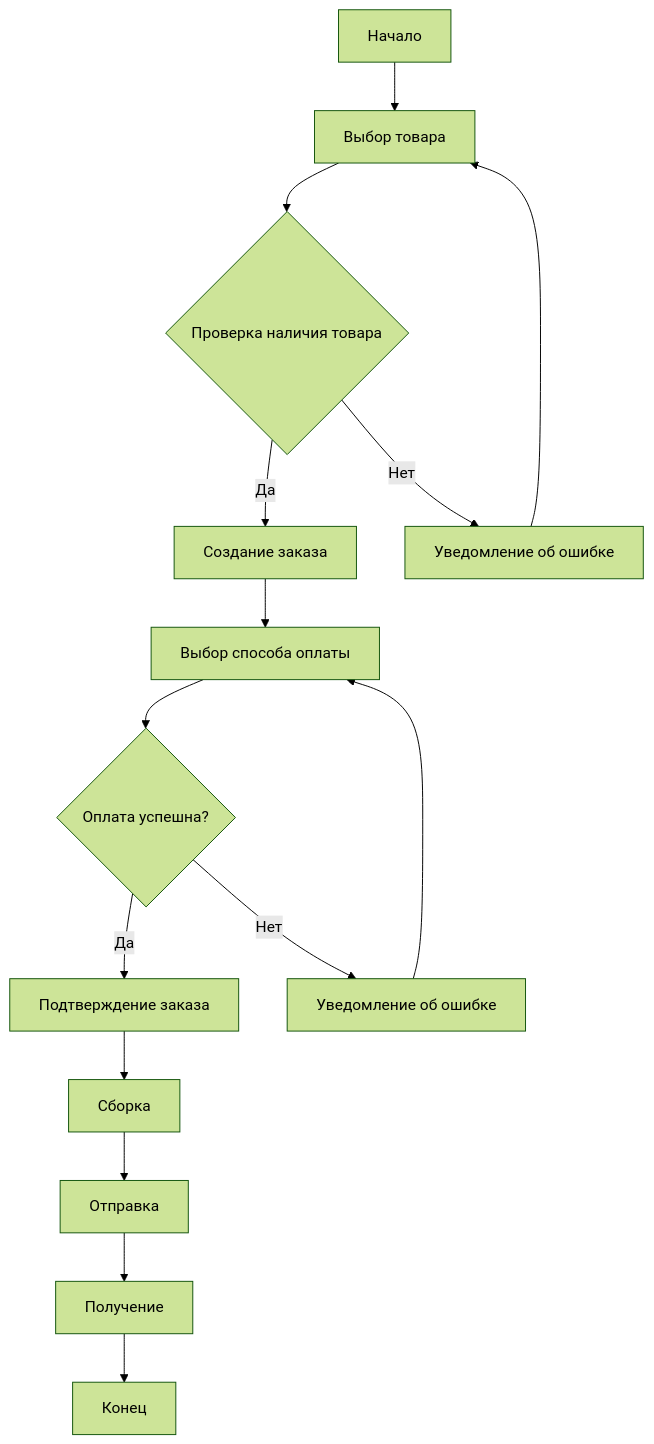
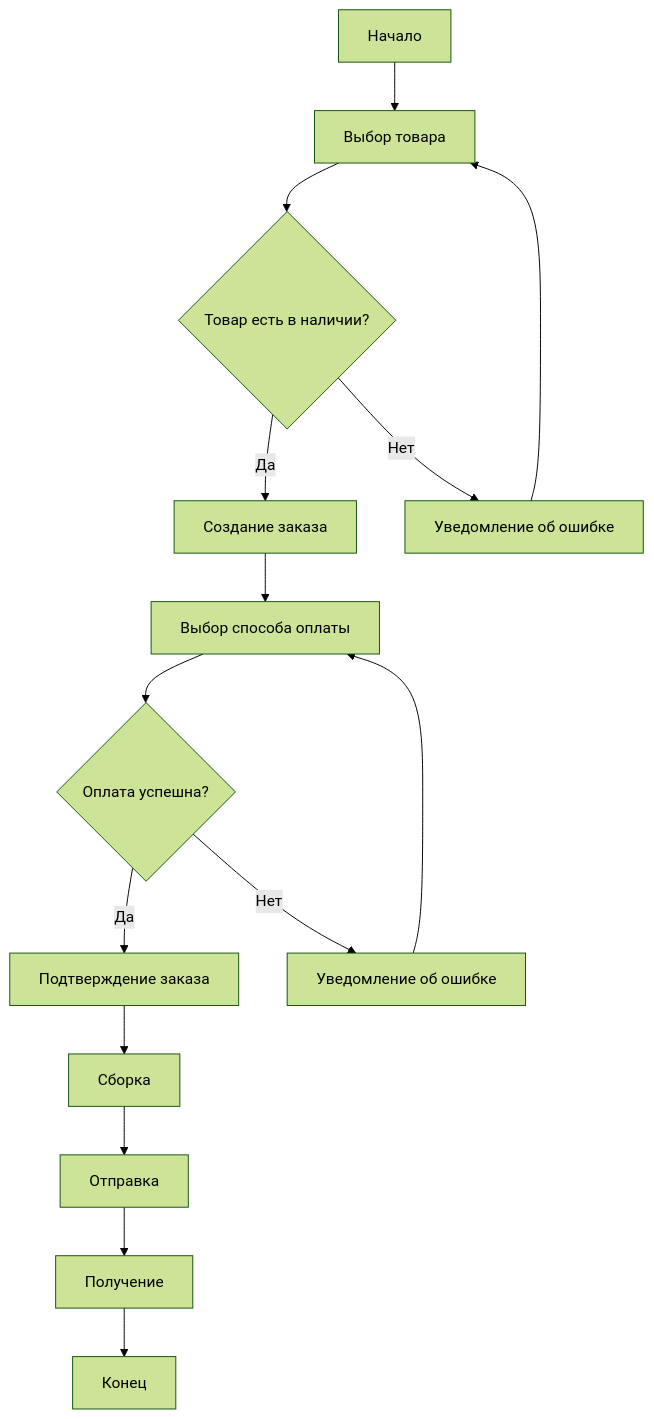
Before and after one commit to kemmed/Rudenko_lab1_ISRPO: the diagram in rudenko_lab1.md, drawn with Mermaid (forest theme).

````diff
--- a/rudenko_lab1.md
+++ b/rudenko_lab1.md
@@ -9,20 +9,20 @@
 ```mermaid
 flowchart TD
 
     A[Начало] --> B[Выбор товара]
-    B --> C{Проверка наличия товара}
+    B --> C{Товар есть в наличии?}
     C -- Да --> D[Создание заказа]
     C -- Нет --> E[Уведомление об ошибке]
     E --> B
 
     D --> F[Выбор способа оплаты]
     F --> G{Оплата успешна?}
     G -- Да --> H[Подтверждение заказа]
     G -- Нет --> M[Уведомление об ошибке]
     M --> F
 
     H --> I[Сборка]
     I --> J[Отправка]
     J --> K[Получение]    
     K --> L[Конец]
 ```
````
